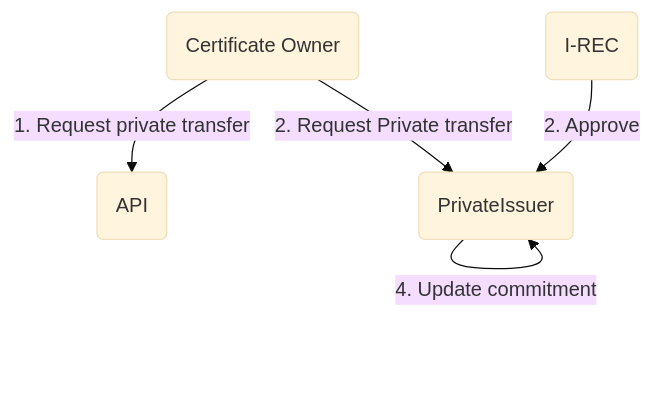
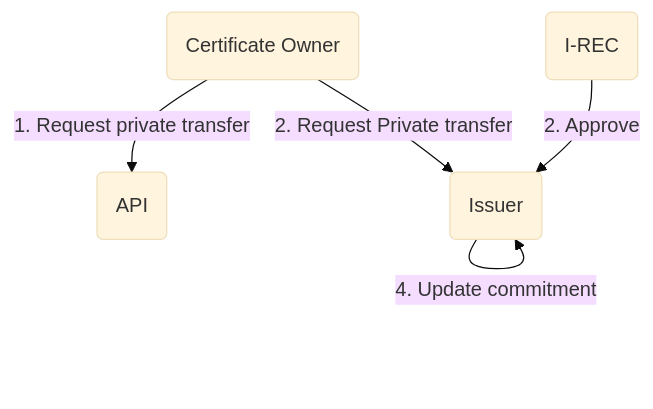
The sixth of 7 diagrams in packages/issuer/README mermaid.md (energywebfoundation/origin), drawn with Mermaid (base theme) before and after one commit. The commit also changed other lines of this file, not shown here.

````diff
--- a/packages/issuer/README mermaid.md
+++ b/packages/issuer/README mermaid.md
@@ -160,8 +120,8 @@
 ```mermaid
 graph TD;
     A(Certificate Owner) -->|1. Request private transfer| X(API)
-    A(Certificate Owner) -->|2. Request Private transfer| P(PrivateIssuer)
+    A(Certificate Owner) -->|2. Request Private transfer| P(Issuer)
     I(I-REC) -->|2. Approve| P
     P-->|3. Validate new commitment| P
     P-->|4. Update commitment|P
 ```
````
